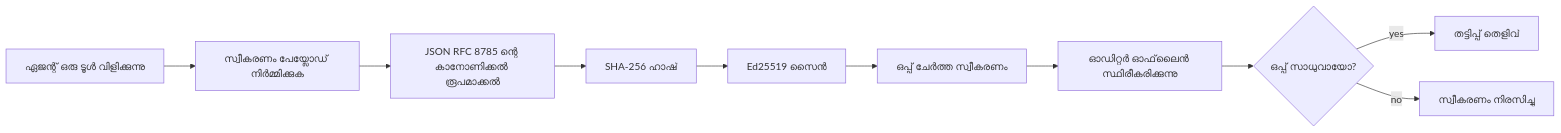
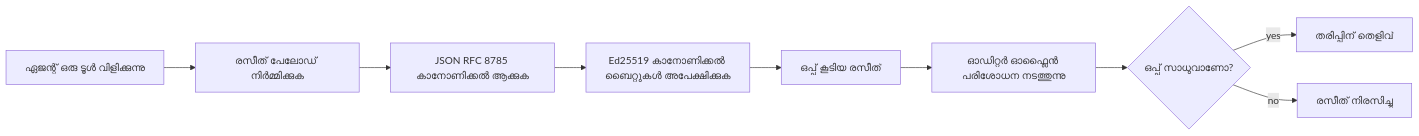
Before and after one commit to gabrielmoreira/agent-skills-mirror: the first of 2 diagrams in mirrors/repos/microsoft@ai-agents-for-beginners/translations/ml/18-securing-ai-agents/README.md, drawn with Mermaid. The commit also changed other lines of this file and 4262 other files, not shown here.

````diff
--- a/mirrors/repos/microsoft@ai-agents-for-beginners/translations/ml/18-securing-ai-agents/README.md
+++ b/mirrors/repos/microsoft@ai-agents-for-beginners/translations/ml/18-securing-ai-agents/README.md
@@ -51,12 +51,11 @@
 ```mermaid
 flowchart LR
-    A[ഏജന്റ് ഒരു ടൂൾ വിളിക്കുന്നു] --> B[സ്വീകരണം പേയ്ലോഡ് നിർമ്മിക്കുക]
-    B --> C[JSON RFC 8785 ന്റെ കാനോണിക്കൽ രൂപമാക്കൽ]
-    C --> D[SHA-256 ഹാഷ്]
-    D --> E[Ed25519 സൈൻ]
-    E --> F[ഒപ്പ് ചേർത്ത സ്വീകരണം]
-    F --> G[ഓഡിറ്റർ ഓഫ്‌ലൈൻ സ്ഥിരീകരിക്കുന്നു]
-    G --> H{ഒപ്പ് സാധുവായോ?}
-    H -- yes --> I[തട്ടിപ്പ് തെളിവ്]
-    H -- no --> J[സ്വീകരണം നിരസിച്ചു]
+    A[ഏജന്റ് ഒരു ടൂൾ വിളിക്കുന്നു] --> B[രസീത് പേലോഡ് നിർമ്മിക്കുക]
+    B --> C[JSON RFC 8785 കാനോണിക്കൽ ആക്കുക]
+    C --> E[Ed25519 കാനോണിക്കൽ ബൈറ്റുകൾ അപേക്ഷിക്കുക]
+    E --> F[ഒപ്പ് കൂടിയ രസീത്]
+    F --> G[ഓഡിറ്റർ ഓഫ്ലൈൻ പരിശോധന നടത്തുന്നു]
+    G --> H{ഒപ്പ് സാധുവാണോ?}
+    H -- yes --> I[തരിപ്പിന് തെളിവ്]
+    H -- no --> J[രസീത് നിരസിച്ചു]
 ```
````
